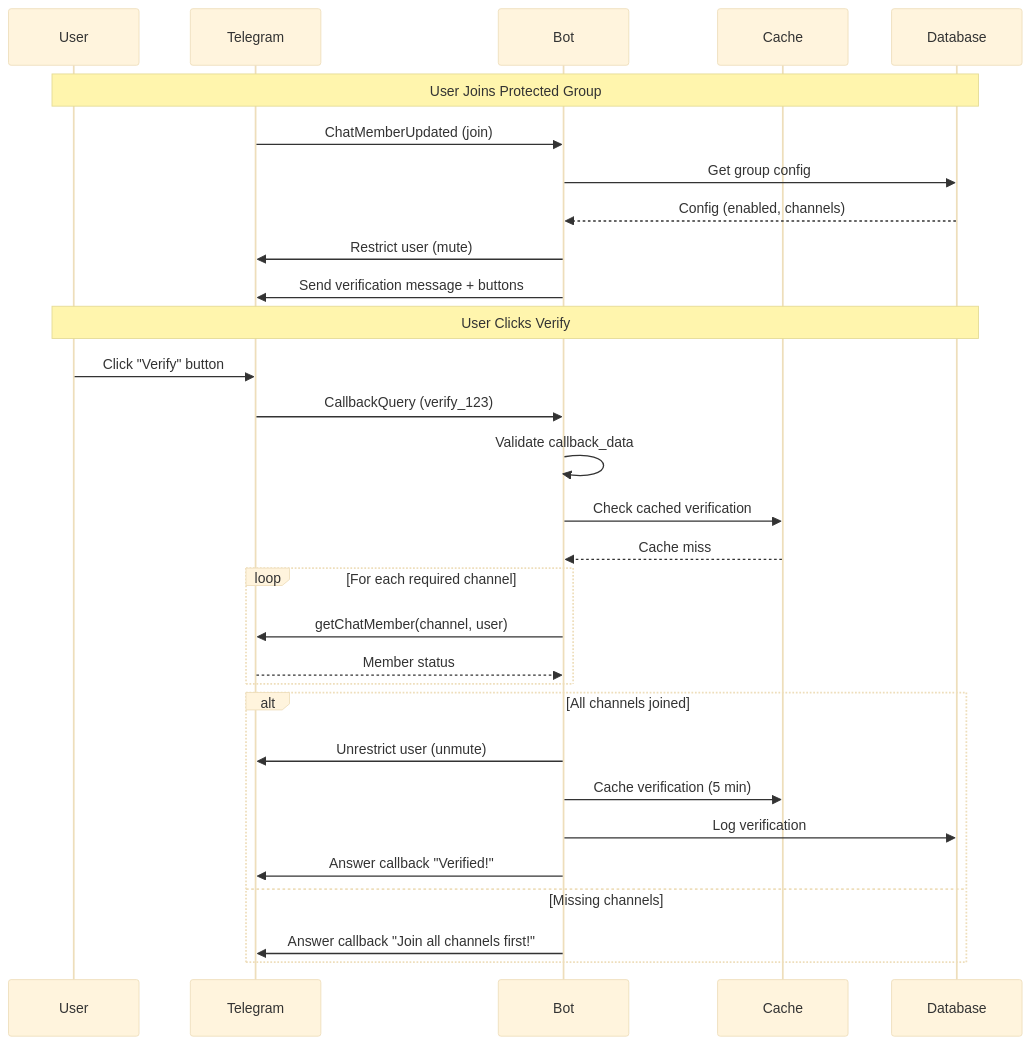
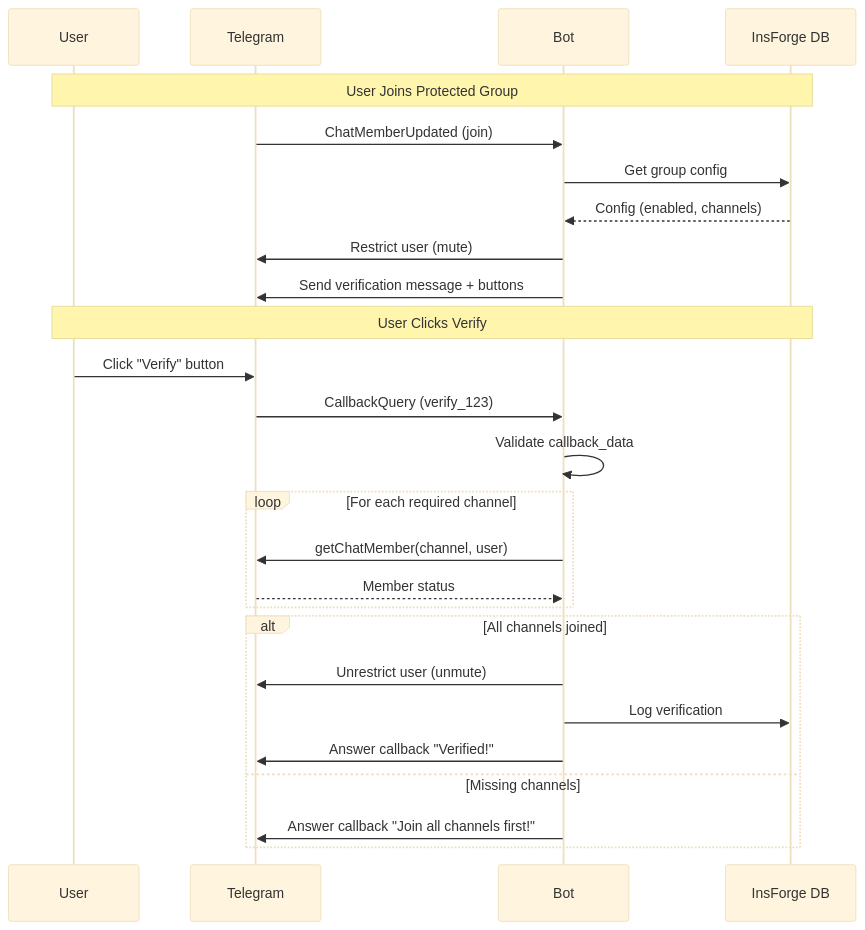
Before and after one commit to mohdakil2426/Nezuko-Telegram-Bot: the diagram in docs/bot/README.md, drawn with Mermaid (base theme). The commit also changed other lines of this file and 27 other files, not shown here.

````diff
--- a/docs/bot/README.md
+++ b/docs/bot/README.md
@@ -229,36 +206,32 @@
 ```mermaid
 sequenceDiagram
     participant U as User
     participant T as Telegram
     participant B as Bot
-    participant C as Cache
-    participant D as Database
+    participant D as InsForge DB
 
     Note over U,D: User Joins Protected Group
     T->>B: ChatMemberUpdated (join)
     B->>D: Get group config
     D-->>B: Config (enabled, channels)
     B->>T: Restrict user (mute)
     B->>T: Send verification message + buttons
-    
+
     Note over U,D: User Clicks Verify
     U->>T: Click "Verify" button
     T->>B: CallbackQuery (verify_123)
     B->>B: Validate callback_data
-    B->>C: Check cached verification
-    C-->>B: Cache miss
-    
+
     loop For each required channel
         B->>T: getChatMember(channel, user)
         T-->>B: Member status
     end
-    
+
     alt All channels joined
         B->>T: Unrestrict user (unmute)
-        B->>C: Cache verification (5 min)
         B->>D: Log verification
         B->>T: Answer callback "Verified!"
     else Missing channels
         B->>T: Answer callback "Join all channels first!"
     end
 ```
````
